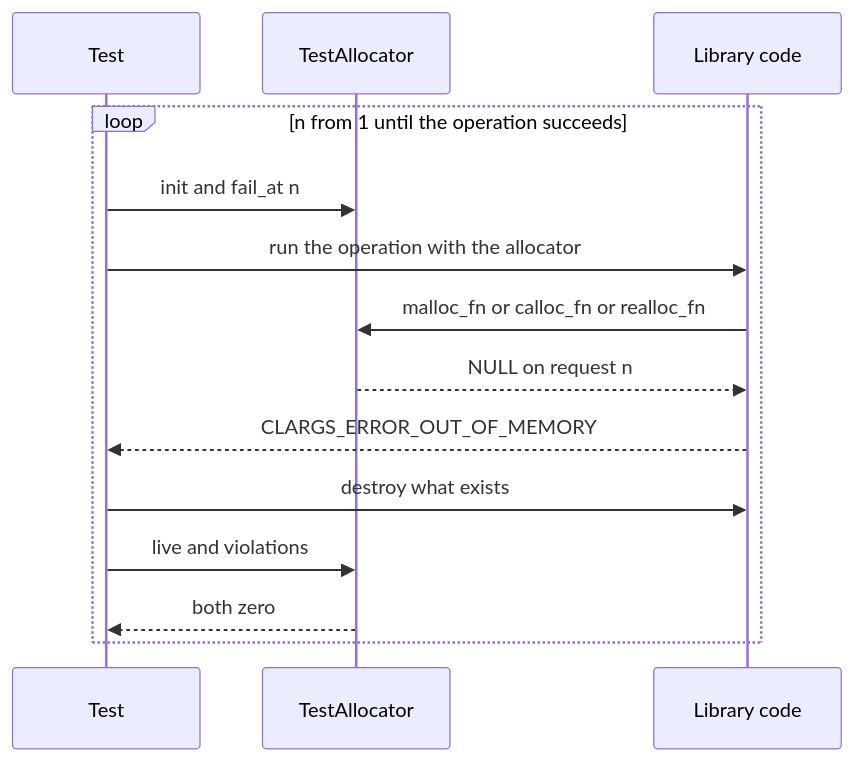
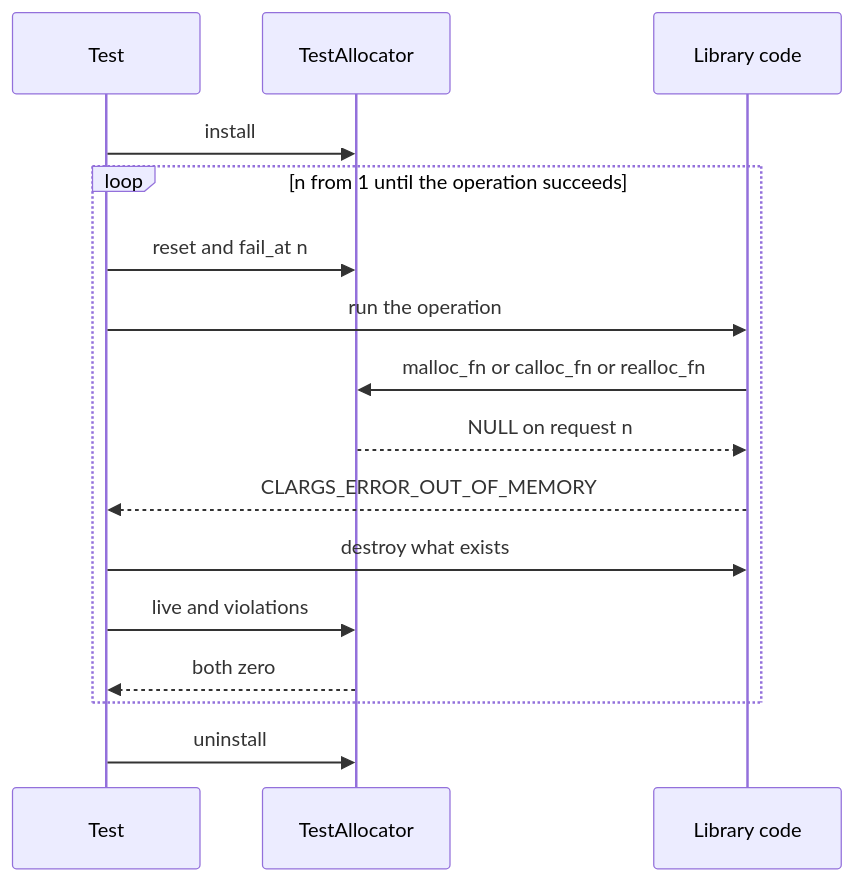
The second of 2 diagrams in .kiro/specs/core-runtime/design.md (ktdevx/cargs), drawn with Mermaid before and after one commit. The commit also changed other lines of this file and 3 other files, not shown here.

````diff
--- a/.kiro/specs/core-runtime/design.md
+++ b/.kiro/specs/core-runtime/design.md
@@ -181,16 +195,18 @@
 ```mermaid
 sequenceDiagram
     participant Test
     participant TA as TestAllocator
     participant Lib as Library code
+    Test->>TA: install
     loop n from 1 until the operation succeeds
-        Test->>TA: init and fail_at n
-        Test->>Lib: run the operation with the allocator
+        Test->>TA: reset and fail_at n
+        Test->>Lib: run the operation
         Lib->>TA: malloc_fn or calloc_fn or realloc_fn
         TA-->>Lib: NULL on request n
         Lib-->>Test: CLARGS_ERROR_OUT_OF_MEMORY
         Test->>Lib: destroy what exists
         Test->>TA: live and violations
         TA-->>Test: both zero
     end
+    Test->>TA: uninstall
 ```
````
